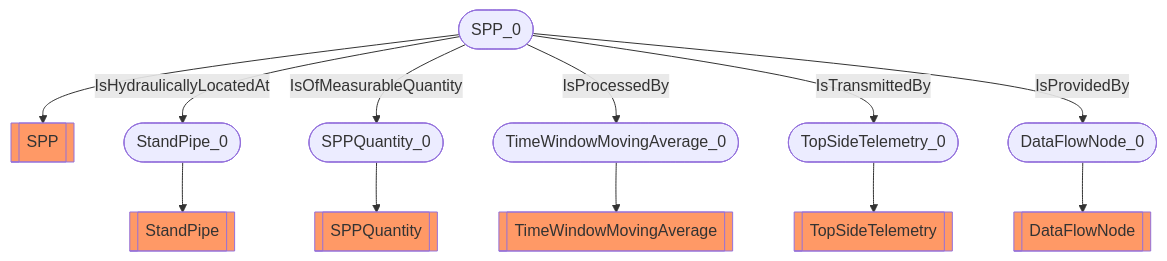
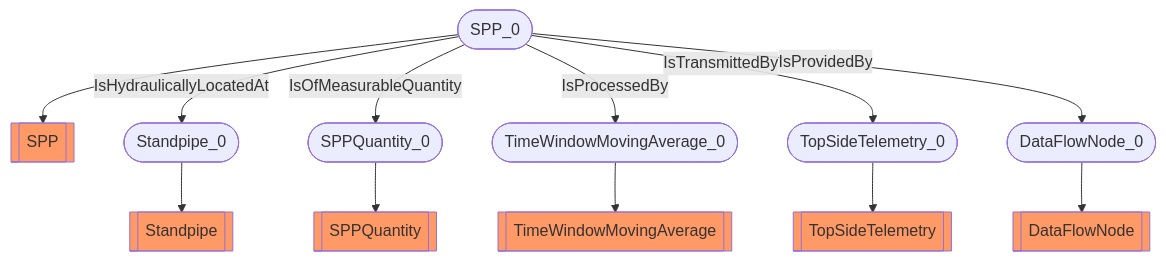
One commit to D-WIS/DDHub-Semantic-Interoperability changed the diagram in docs/vocabulary_development/auto-generated/md/examples/SPP.md. Above: the diagram before and after it, drawn with Mermaid. The commit also changed other lines of this file and 27 other files, not shown here.

````diff
--- a/docs/vocabulary_development/auto-generated/md/examples/SPP.md
+++ b/docs/vocabulary_development/auto-generated/md/examples/SPP.md
@@ -13,16 +13,16 @@
 ```mermaid
 flowchart TD
 	 classDef typeClass fill:#f96;
 	 classDef classClass fill:#9dd0ff;
 	SPP_0([SPP_0]) --> SPP[[SPP]]:::typeClass
-	StandPipe_0([StandPipe_0]) --> StandPipe[[StandPipe]]:::typeClass
+	Standpipe_0([Standpipe_0]) --> Standpipe[[Standpipe]]:::typeClass
 	SPPQuantity_0([SPPQuantity_0]) --> SPPQuantity[[SPPQuantity]]:::typeClass
 	TimeWindowMovingAverage_0([TimeWindowMovingAverage_0]) --> TimeWindowMovingAverage[[TimeWindowMovingAverage]]:::typeClass
 	TopSideTelemetry_0([TopSideTelemetry_0]) --> TopSideTelemetry[[TopSideTelemetry]]:::typeClass
 	DataFlowNode_0([DataFlowNode_0]) --> DataFlowNode[[DataFlowNode]]:::typeClass
-	 SPP_0 -- IsHydraulicallyLocatedAt --> StandPipe_0 
+	 SPP_0 -- IsHydraulicallyLocatedAt --> Standpipe_0 
 	 SPP_0 -- IsOfMeasurableQuantity --> SPPQuantity_0 
 	 SPP_0 -- IsProcessedBy --> TimeWindowMovingAverage_0 
 	 SPP_0 -- IsTransmittedBy --> TopSideTelemetry_0 
 	 SPP_0 -- IsProvidedBy --> DataFlowNode_0 
 ```
````
